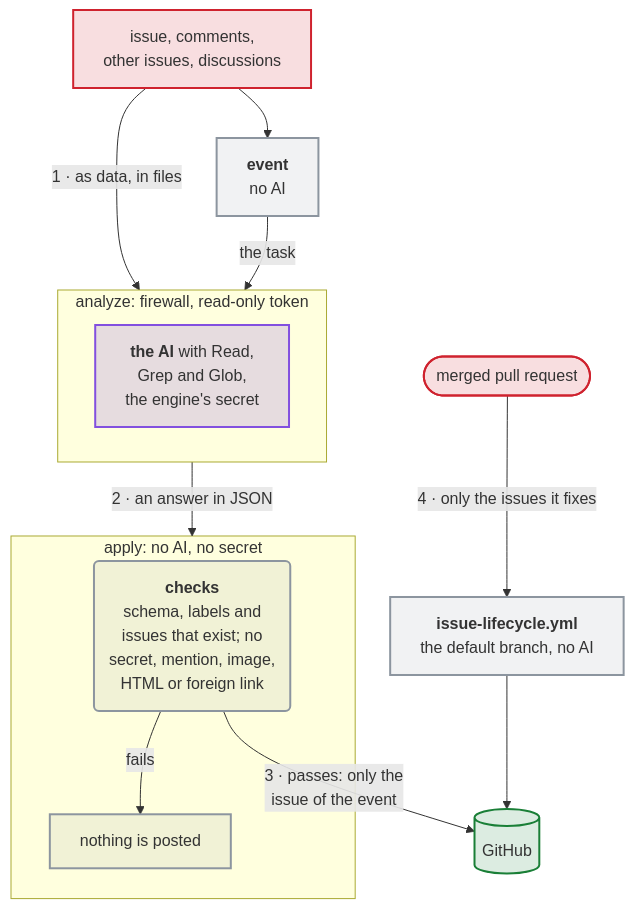
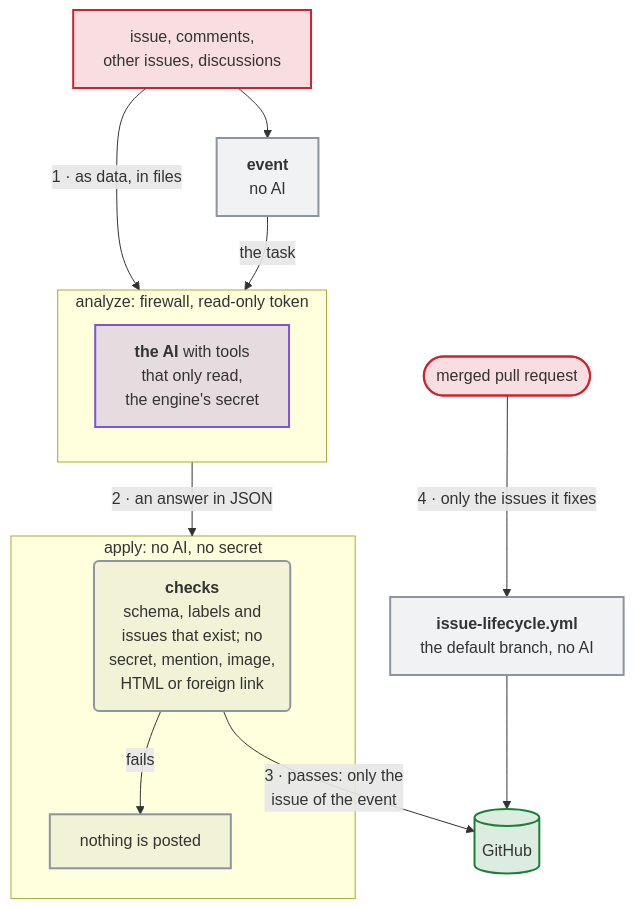
One commit to Dennis-Otto/issue-assistant changed the diagram in docs/diagrams/the-trust-boundaries-of-the-issue-assistant.mmd. Above: the diagram before and after it, drawn with Mermaid. The commit also changed 40 other files, not shown here.

First line of the commit message:
feat: Codex, Gemini and Copilot as read-only engines next to Claude (#136)

```diff
--- a/docs/diagrams/the-trust-boundaries-of-the-issue-assistant.mmd
+++ b/docs/diagrams/the-trust-boundaries-of-the-issue-assistant.mmd
@@ -1,29 +1,29 @@
 flowchart TB
   accTitle: The trust boundaries of the issue assistant
-  accDescr: Anyone can write an issue, its comments, other issues and discussions, and a pull request. The text reaches the event job, which runs no AI and chooses the task, and, as data in files, the job analyze: the first boundary. There the AI reads with Read, Grep and Glob alone, behind a firewall, with a read-only token and the engine's secret. Its answer in JSON crosses the second boundary into the job apply, which runs no AI and holds no secret. Its checks want the schema, labels and issues that exist, and no secret, mention, image, HTML or foreign link. When they fail, nothing is posted; when they pass, apply writes to GitHub, only to the issue of the event: the third boundary. A merged pull request starts issue-lifecycle.yml on the default branch, without AI, which learns only the issues that it fixes, the fourth boundary, and writes to GitHub.
+  accDescr: Anyone can write an issue, its comments, other issues and discussions, and a pull request. The text reaches the event job, which runs no AI and chooses the task, and, as data in files, the job analyze: the first boundary. There the AI reads with tools that only read, behind a firewall, with a read-only token or none and the engine's secret. Its answer in JSON crosses the second boundary into the job apply, which runs no AI and holds no secret. Its checks want the schema, labels and issues that exist, and no secret, mention, image, HTML or foreign link. When they fail, nothing is posted; when they pass, apply writes to GitHub, only to the issue of the event: the third boundary. A merged pull request starts issue-lifecycle.yml on the default branch, without AI, which learns only the issues that it fixes, the fourth boundary, and writes to GitHub.
   text["issue, comments,<br>other issues, discussions"]
   merged(["merged pull request"])
   event["`**event**<br>no AI`"]
   subgraph firewall ["analyze: firewall, read-only token"]
-    analyze["`**the AI** with Read,<br>Grep and Glob,<br>the engine's secret`"]
+    analyze["`**the AI** with tools<br>that only read,<br>the engine's secret`"]
   end
   subgraph checked ["apply: no AI, no secret"]
     checks("`**checks**<br>schema, labels and<br>issues that exist; no<br>secret, mention, image,<br>HTML or foreign link`")
     refused["nothing is posted"]
   end
   text -- "1 · as data, in files" --> firewall
   text --> event
   event -- "the task" --> firewall
   firewall -- "2 · an answer in JSON" --> checked
   checks -- "fails" --> refused
   checks -- "3 · passes: only the<br>issue of the event" --> github[("GitHub")]
   merged -- "4 · only the issues it fixes" --> lifecycle["`**issue-lifecycle.yml**<br>the default branch, no AI`"]
   lifecycle --> github
   classDef untrusted fill:#cf222e26,stroke:#cf222e,stroke-width:2px
   classDef ai fill:#8250df33,stroke:#8250df,stroke-width:2px
   classDef job fill:#8c959f1f,stroke:#8c959f,stroke-width:2px
   classDef safe fill:#1a7f3726,stroke:#1a7f37,stroke-width:2px
   class text,merged untrusted
   class analyze ai
   class event,lifecycle,checks,refused job
   class github safe
```
